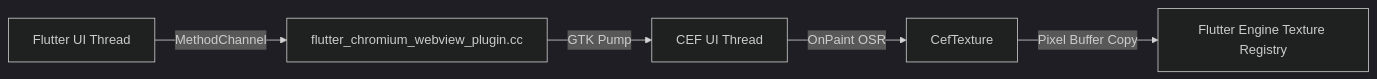
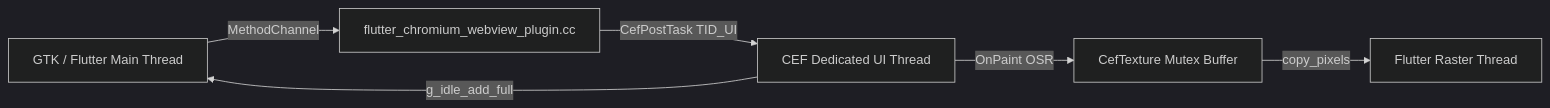
One commit to devflier/flutter_chromium_webview changed the diagram in packages/flutter_chromium_webview/LINUX.md. Above: the diagram before and after it, drawn with Mermaid (dark theme). The commit also changed other lines of this file and 9 other files, not shown here.

````diff
--- a/packages/flutter_chromium_webview/LINUX.md
+++ b/packages/flutter_chromium_webview/LINUX.md
@@ -55,7 +55,8 @@
 ```mermaid
 graph LR
-    Flutter[Flutter UI Thread] -->|MethodChannel| Plugin[flutter_chromium_webview_plugin.cc]
-    Plugin -->|GTK Pump| CEF[CEF UI Thread]
-    CEF -->|OnPaint OSR| Texture[CefTexture]
-    Texture -->|Pixel Buffer Copy| Engine[Flutter Engine Texture Registry]
+    Flutter[GTK / Flutter Main Thread] -->|MethodChannel| Plugin[flutter_chromium_webview_plugin.cc]
+    Plugin -->|CefPostTask TID_UI| CEF[CEF Dedicated UI Thread]
+    CEF -->|OnPaint OSR| Texture[CefTexture Mutex Buffer]
+    CEF -->|g_idle_add_full| Flutter
+    Texture -->|copy_pixels| Engine[Flutter Raster Thread]
 ```
````
